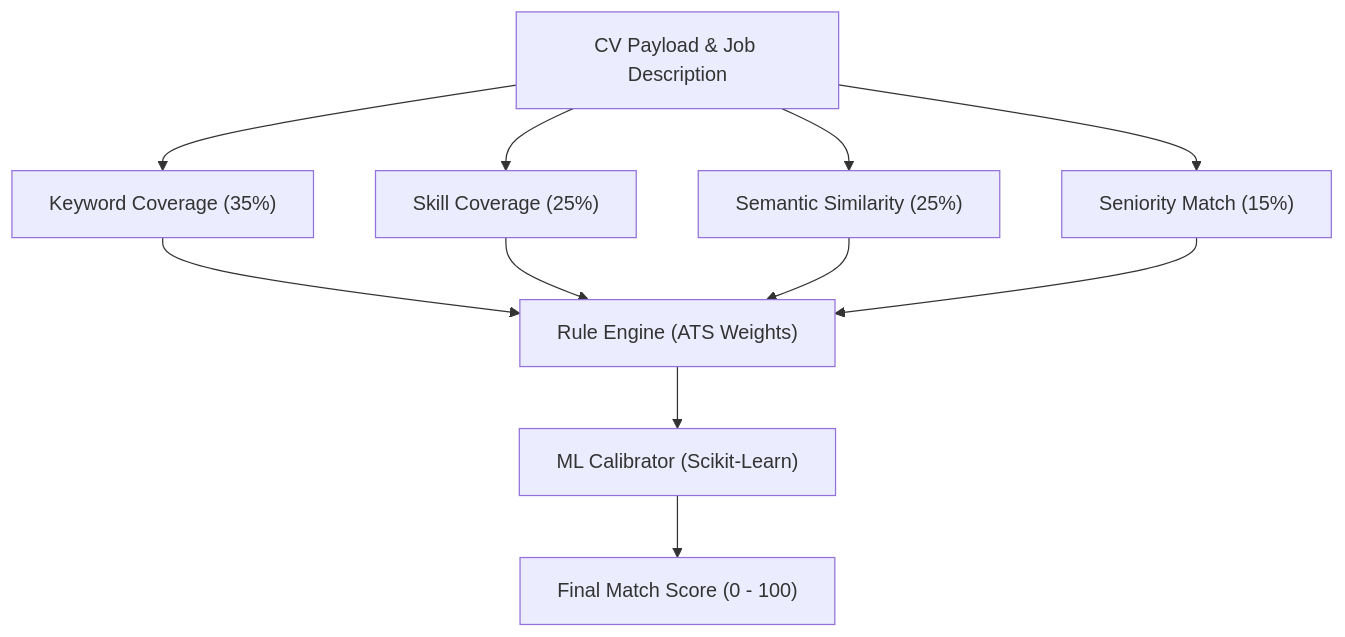
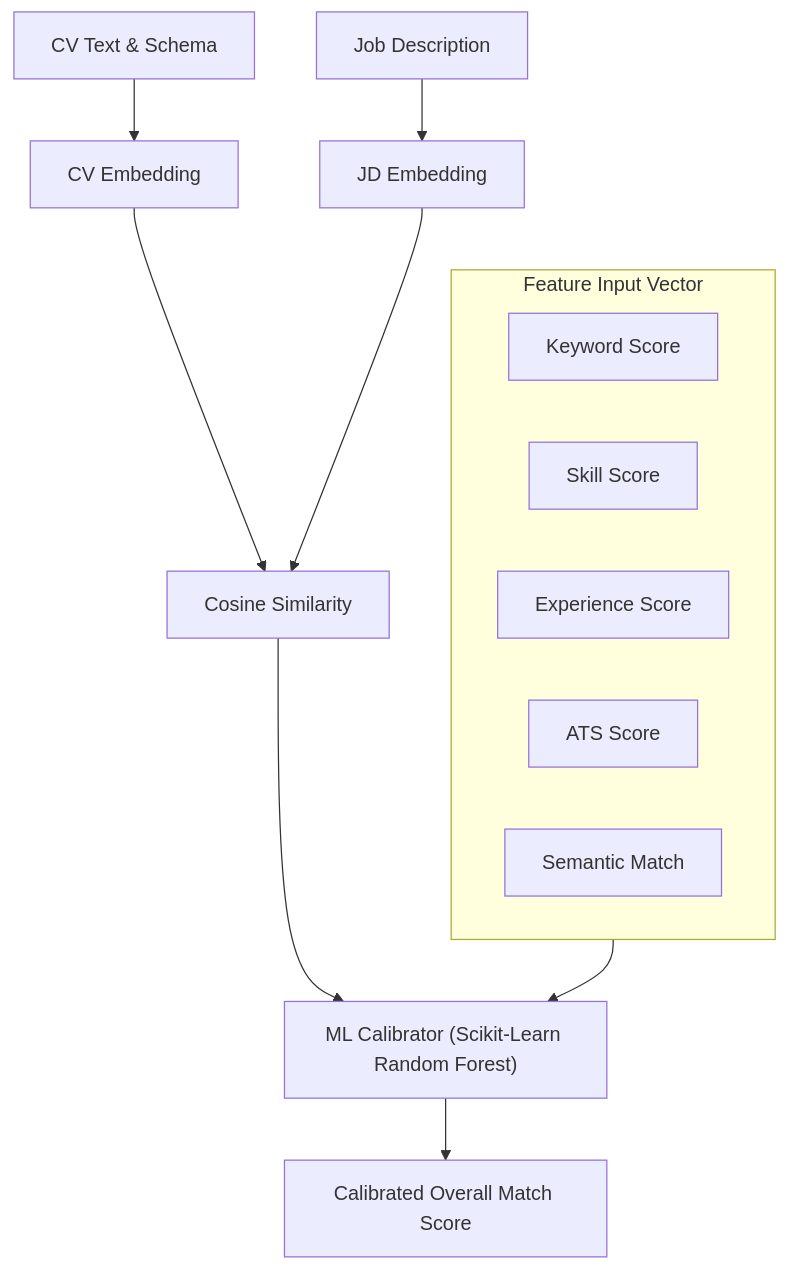
One commit to SercanOzkan55/CV-Analyzer changed the second of 3 diagrams in README.md. Above: the diagram before and after it, drawn with Mermaid. The commit also changed other lines of this file, not shown here.

````diff
--- a/README.md
+++ b/README.md
@@ -92,15 +144,21 @@
 ```mermaid
 flowchart TD
-  input["CV Payload & Job Description"] --> kw["Keyword Coverage (35%)"]
-  input --> skill["Skill Coverage (25%)"]
-  input --> sem["Semantic Similarity (25%)"]
-  input --> sen["Seniority Match (15%)"]
-
-  kw --> rules["Rule Engine (ATS Weights)"]
-  skill --> rules
-  sem --> rules
-  sen --> rules
-
-  rules --> blend["ML Calibrator (Scikit-Learn)"]
-  blend --> final["Final Match Score (0 - 100)"]
+  cv["CV Text & Schema"] --> cv_emb["CV Embedding"]
+  jd["Job Description"] --> jd_emb["JD Embedding"]
+  
+  cv_emb --> cos["Cosine Similarity"]
+  jd_emb --> cos
+  
+  cos --> blend["ML Calibrator (Scikit-Learn Random Forest)"]
+  
+  subgraph Features ["Feature Input Vector"]
+    feat1["Keyword Score"]
+    feat2["Skill Score"]
+    feat3["Experience Score"]
+    feat4["ATS Score"]
+    feat5["Semantic Match"]
+  end
+  
+  Features --> blend
+  blend --> calibrated["Calibrated Overall Match Score"]
 ```
````
